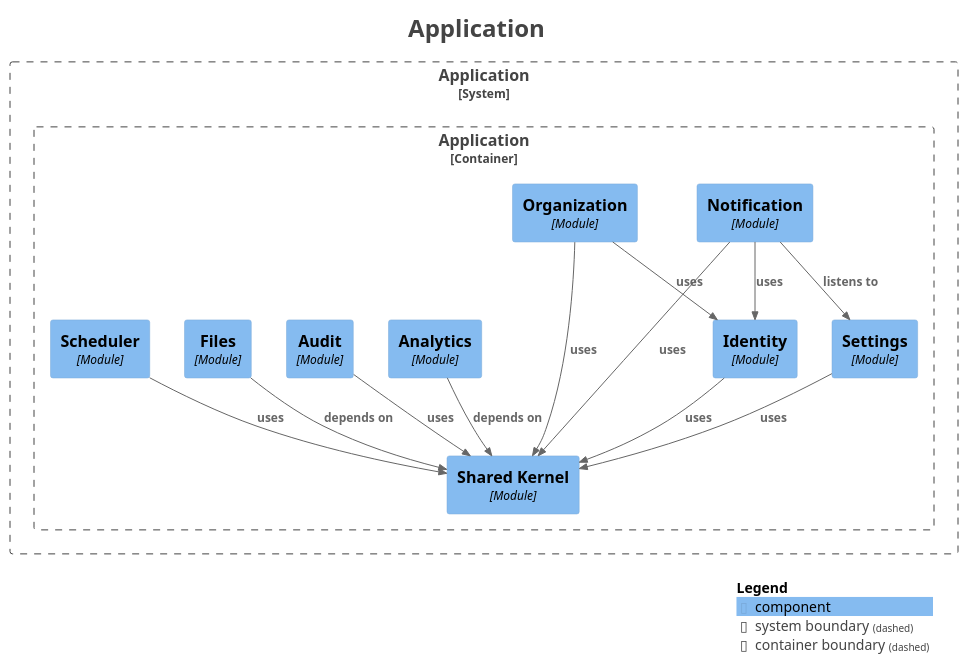
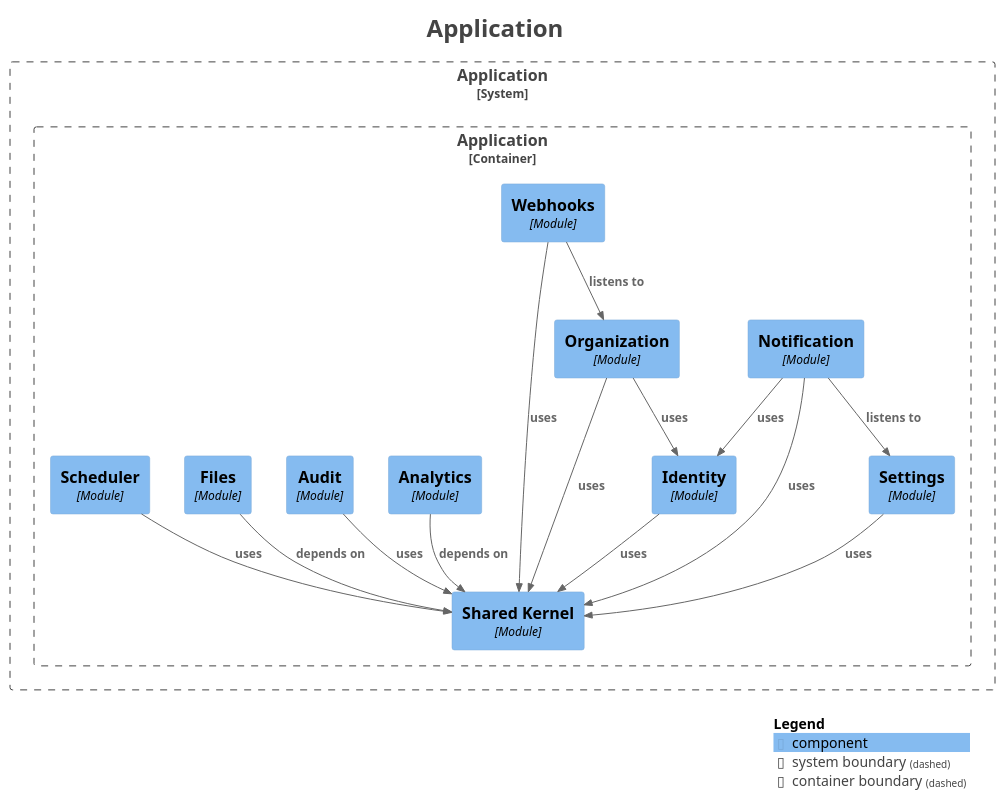
Before and after one commit to Paul-Ayesiga/enterprise-modulith-template: the diagram in docs/modulith/components.puml, drawn with PlantUML. The commit also changed 43 other files, not shown here.

```diff
--- a/docs/modulith/components.puml
+++ b/docs/modulith/components.puml
@@ -1,47 +1,50 @@
 @startuml
 title <size:24>Application</size>
 
 set separator none
 top to bottom direction
 
 <style>
   root {
     BackgroundColor: #ffffff
     FontColor: #444444
   }
 </style>
 
 !include <C4/C4>
 !include <C4/C4_Context>
 !include <C4/C4_Component>
 
 System_Boundary("Application_boundary", "Application", $tags="") {
   Container_Boundary("Application.Application_boundary", "Application", $tags="") {
     Component(Application.Application.Notification, "Notification", $techn="Module", $descr="", $tags="", $link="")
     Component(Application.Application.Organization, "Organization", $techn="Module", $descr="", $tags="", $link="")
+    Component(Application.Application.Webhooks, "Webhooks", $techn="Module", $descr="", $tags="", $link="")
     Component(Application.Application.SharedKernel, "Shared Kernel", $techn="Module", $descr="", $tags="", $link="")
     Component(Application.Application.Analytics, "Analytics", $techn="Module", $descr="", $tags="", $link="")
     Component(Application.Application.Audit, "Audit", $techn="Module", $descr="", $tags="", $link="")
     Component(Application.Application.Files, "Files", $techn="Module", $descr="", $tags="", $link="")
     Component(Application.Application.Identity, "Identity", $techn="Module", $descr="", $tags="", $link="")
     Component(Application.Application.Scheduler, "Scheduler", $techn="Module", $descr="", $tags="", $link="")
     Component(Application.Application.Settings, "Settings", $techn="Module", $descr="", $tags="", $link="")
   }
 
 }
 
-Rel(Application.Application.Scheduler, Application.Application.SharedKernel, "uses", $techn="", $tags="", $link="")
-Rel(Application.Application.Organization, Application.Application.Identity, "uses", $techn="", $tags="", $link="")
-Rel(Application.Application.Organization, Application.Application.SharedKernel, "uses", $techn="", $tags="", $link="")
-Rel(Application.Application.Audit, Application.Application.SharedKernel, "uses", $techn="", $tags="", $link="")
-Rel(Application.Application.Identity, Application.Application.SharedKernel, "uses", $techn="", $tags="", $link="")
-Rel(Application.Application.Analytics, Application.Application.SharedKernel, "depends on", $techn="", $tags="", $link="")
-Rel(Application.Application.Files, Application.Application.SharedKernel, "depends on", $techn="", $tags="", $link="")
-Rel(Application.Application.Settings, Application.Application.SharedKernel, "uses", $techn="", $tags="", $link="")
 Rel(Application.Application.Notification, Application.Application.Settings, "listens to", $techn="", $tags="", $link="")
 Rel(Application.Application.Notification, Application.Application.SharedKernel, "uses", $techn="", $tags="", $link="")
 Rel(Application.Application.Notification, Application.Application.Identity, "uses", $techn="", $tags="", $link="")
+Rel(Application.Application.Scheduler, Application.Application.SharedKernel, "uses", $techn="", $tags="", $link="")
+Rel(Application.Application.Settings, Application.Application.SharedKernel, "uses", $techn="", $tags="", $link="")
+Rel(Application.Application.Audit, Application.Application.SharedKernel, "uses", $techn="", $tags="", $link="")
+Rel(Application.Application.Webhooks, Application.Application.Organization, "listens to", $techn="", $tags="", $link="")
+Rel(Application.Application.Webhooks, Application.Application.SharedKernel, "uses", $techn="", $tags="", $link="")
+Rel(Application.Application.Files, Application.Application.SharedKernel, "depends on", $techn="", $tags="", $link="")
+Rel(Application.Application.Identity, Application.Application.SharedKernel, "uses", $techn="", $tags="", $link="")
+Rel(Application.Application.Analytics, Application.Application.SharedKernel, "depends on", $techn="", $tags="", $link="")
+Rel(Application.Application.Organization, Application.Application.Identity, "uses", $techn="", $tags="", $link="")
+Rel(Application.Application.Organization, Application.Application.SharedKernel, "uses", $techn="", $tags="", $link="")
 
 SHOW_LEGEND(true)
 hide stereotypes
 @enduml
```
